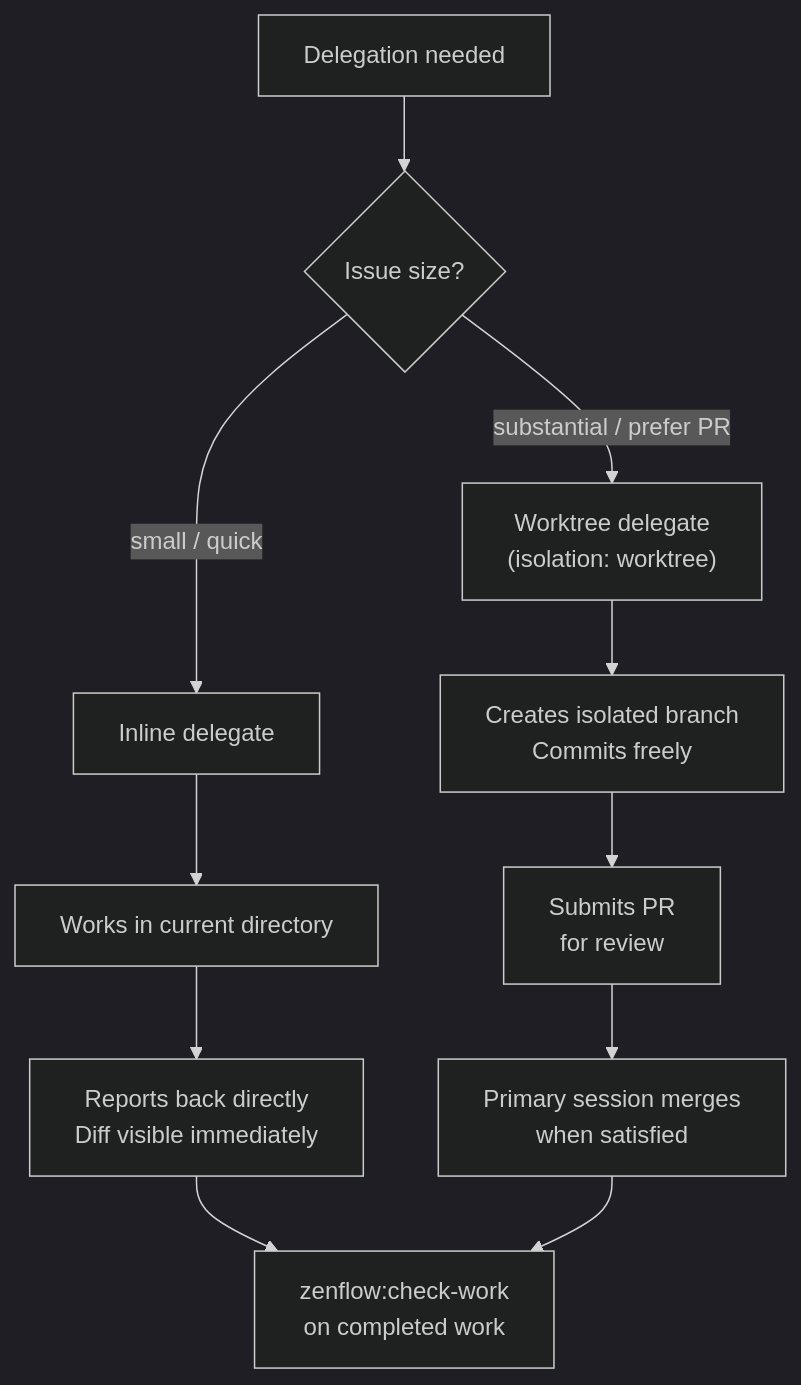
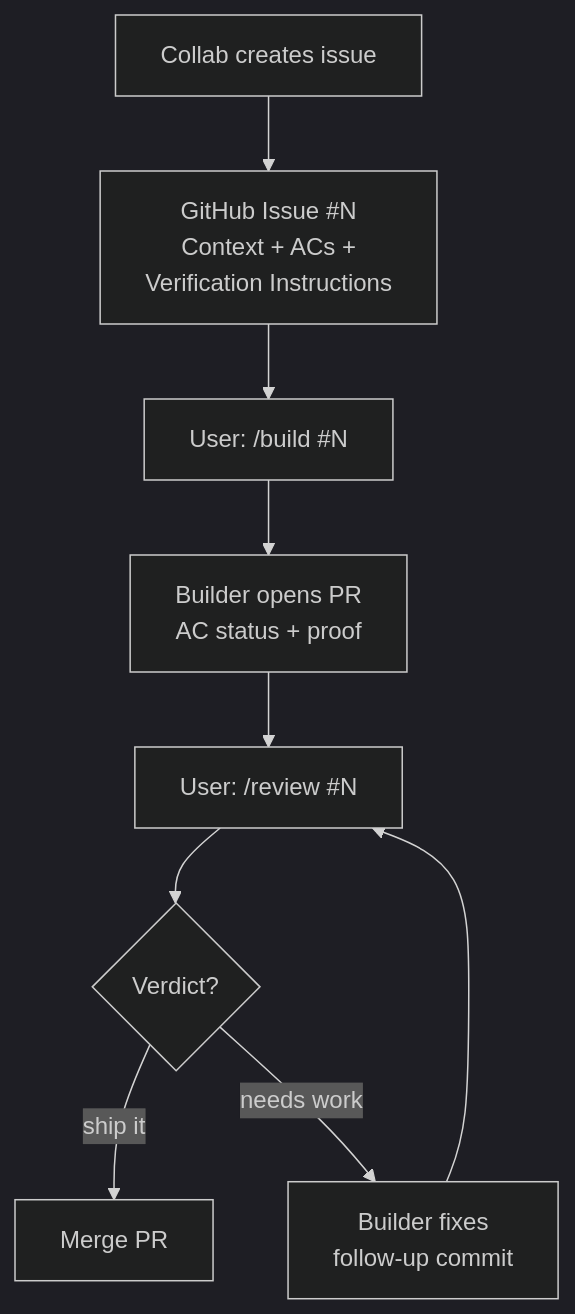
Before and after one commit to brewpirate/zen-flow: the second of 2 diagrams in docs/plugins/zenflow/collab.md, drawn with Mermaid (dark theme). The commit also changed other lines of this file and 15 other files, not shown here.

First line of the commit message:
feat: 3-agent issue-driven workflow (collab → builder → reviewer)

````diff
--- a/docs/plugins/zenflow/collab.md
+++ b/docs/plugins/zenflow/collab.md
@@ -432,15 +288,11 @@
 ```mermaid
 flowchart TD
-    delegate["Delegation needed"] --> size{"Issue size?"}
-
-    size -->|small / quick| inline["Inline delegate"]
-    inline --> sameDir["Works in current directory"]
-    sameDir --> inlineDone["Reports back directly\nDiff visible immediately"]
-
-    size -->|substantial / prefer PR| wt["Worktree delegate\n(isolation: worktree)"]
-    wt --> newBranch["Creates isolated branch\nCommits freely"]
-    newBranch --> pr["Submits PR\nfor review"]
-    pr --> wtDone["Primary session merges\nwhen satisfied"]
-
-    inlineDone & wtDone --> checkwork["zenflow:check-work\non completed work"]
+    collab["Collab creates issue"] --> issue["GitHub Issue #N\nContext + ACs +\nVerification Instructions"]
+    issue --> build["User: /build #N"]
+    build --> pr["Builder opens PR\nAC status + proof"]
+    pr --> review["User: /review #N"]
+    review --> verdict{"Verdict?"}
+    verdict -->|ship it| merge["Merge PR"]
+    verdict -->|needs work| fix["Builder fixes\nfollow-up commit"]
+    fix --> review
 ```
````
